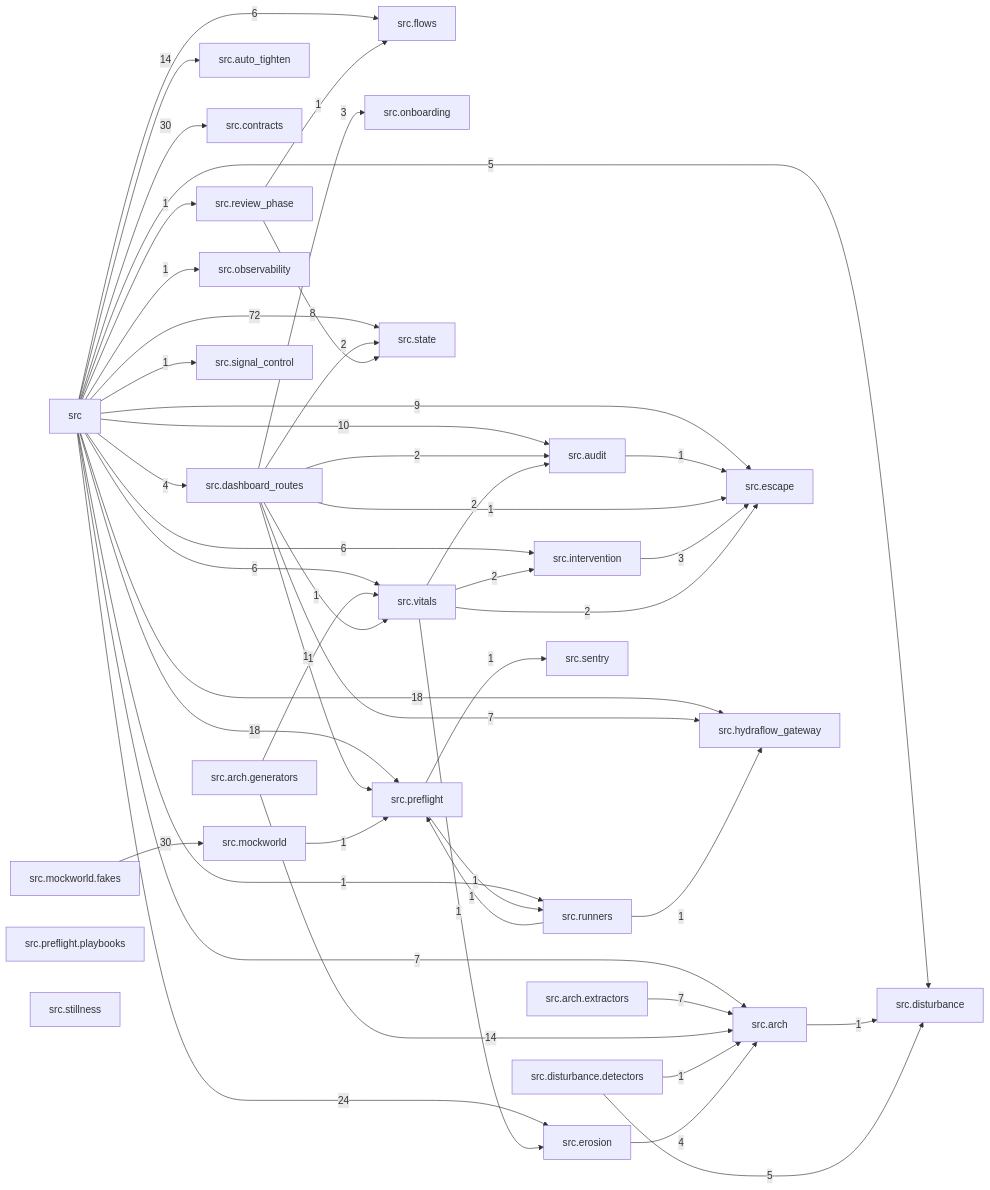
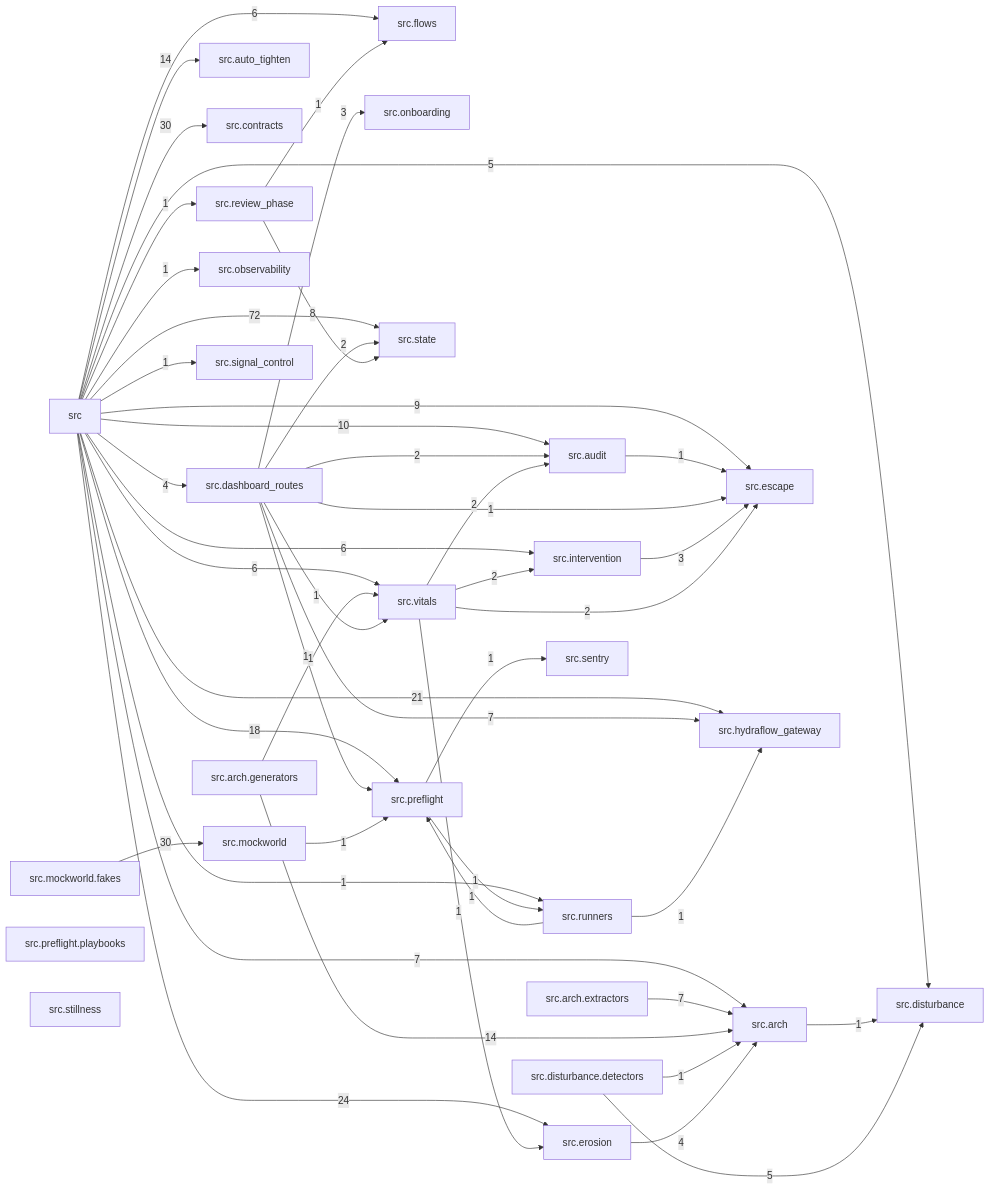
Before and after one commit to T-rav/hydraflow: the diagram in docs/arch/generated/modules.md, drawn with Mermaid. The commit also changed 34 other files, not shown here.

````diff
--- a/docs/arch/generated/modules.md
+++ b/docs/arch/generated/modules.md
@@ -7,77 +7,77 @@
 ```mermaid
 graph LR
     src["src"]
     src_arch["src.arch"]
     src_arch_extractors["src.arch.extractors"]
     src_arch_generators["src.arch.generators"]
     src_audit["src.audit"]
     src_auto_tighten["src.auto_tighten"]
     src_contracts["src.contracts"]
     src_dashboard_routes["src.dashboard_routes"]
     src_disturbance["src.disturbance"]
     src_disturbance_detectors["src.disturbance.detectors"]
     src_erosion["src.erosion"]
     src_escape["src.escape"]
     src_flows["src.flows"]
     src_hydraflow_gateway["src.hydraflow_gateway"]
     src_intervention["src.intervention"]
     src_mockworld["src.mockworld"]
     src_mockworld_fakes["src.mockworld.fakes"]
     src_observability["src.observability"]
     src_onboarding["src.onboarding"]
     src_preflight["src.preflight"]
     src_preflight_playbooks["src.preflight.playbooks"]
     src_review_phase["src.review_phase"]
     src_runners["src.runners"]
     src_sentry["src.sentry"]
     src_signal_control["src.signal_control"]
     src_state["src.state"]
     src_stillness["src.stillness"]
     src_vitals["src.vitals"]
     src -- "7" --> src_arch
     src -- "10" --> src_audit
     src -- "14" --> src_auto_tighten
     src -- "30" --> src_contracts
     src -- "4" --> src_dashboard_routes
     src -- "5" --> src_disturbance
     src -- "24" --> src_erosion
     src -- "9" --> src_escape
     src -- "6" --> src_flows
-    src -- "18" --> src_hydraflow_gateway
+    src -- "21" --> src_hydraflow_gateway
     src -- "6" --> src_intervention
     src -- "1" --> src_observability
     src -- "18" --> src_preflight
     src -- "1" --> src_review_phase
     src -- "1" --> src_runners
     src -- "1" --> src_signal_control
     src -- "72" --> src_state
     src -- "6" --> src_vitals
     src_arch -- "1" --> src_disturbance
     src_arch_extractors -- "7" --> src_arch
     src_arch_generators -- "14" --> src_arch
     src_arch_generators -- "1" --> src_vitals
     src_audit -- "1" --> src_escape
     src_dashboard_routes -- "2" --> src_audit
     src_dashboard_routes -- "1" --> src_escape
     src_dashboard_routes -- "7" --> src_hydraflow_gateway
     src_dashboard_routes -- "3" --> src_onboarding
     src_dashboard_routes -- "1" --> src_preflight
     src_dashboard_routes -- "2" --> src_state
     src_dashboard_routes -- "1" --> src_vitals
     src_disturbance_detectors -- "1" --> src_arch
     src_disturbance_detectors -- "5" --> src_disturbance
     src_erosion -- "4" --> src_arch
     src_intervention -- "3" --> src_escape
     src_mockworld -- "1" --> src_preflight
     src_mockworld_fakes -- "30" --> src_mockworld
     src_preflight -- "1" --> src_runners
     src_preflight -- "1" --> src_sentry
     src_review_phase -- "1" --> src_flows
     src_review_phase -- "8" --> src_state
     src_runners -- "1" --> src_hydraflow_gateway
     src_runners -- "1" --> src_preflight
     src_vitals -- "2" --> src_audit
     src_vitals -- "1" --> src_erosion
     src_vitals -- "2" --> src_escape
     src_vitals -- "2" --> src_intervention
 ```
````
